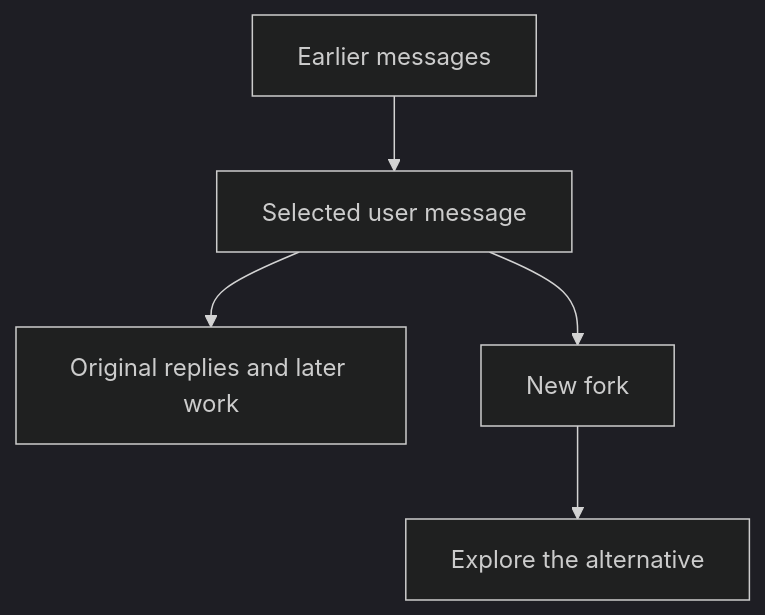
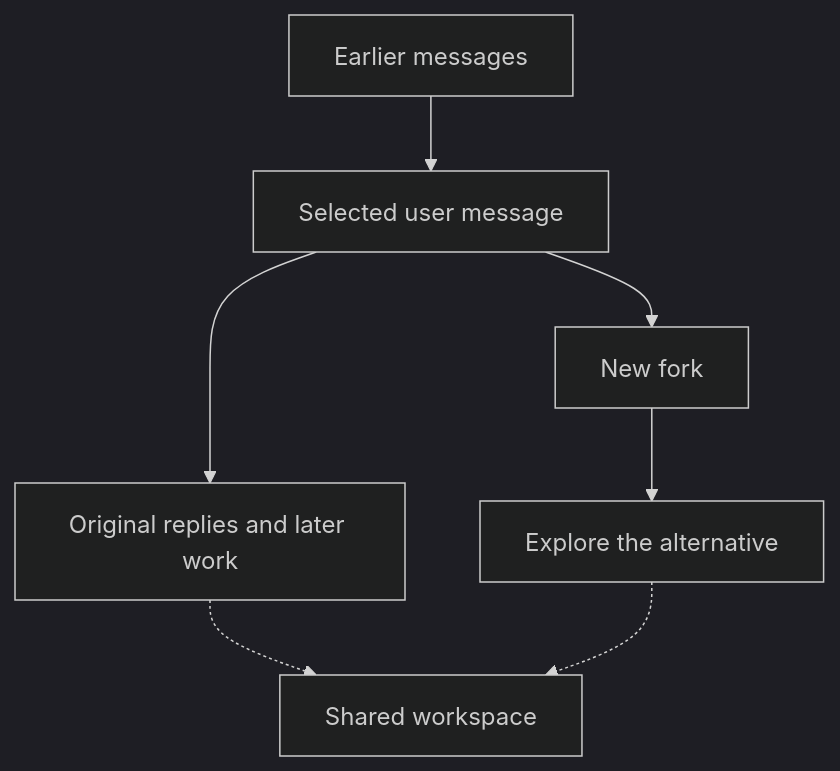
Before and after one commit to DeepMyst/Mysti: the diagram in docs/walkthroughs/history-and-checkpoints.md, drawn with Mermaid (dark theme). The commit also changed 5 other files, not shown here.

Commit message:
fix: pin supported browser runner and polish mobile diagrams

````diff
--- a/docs/walkthroughs/history-and-checkpoints.md
+++ b/docs/walkthroughs/history-and-checkpoints.md
@@ -50,7 +50,9 @@
 ```mermaid
 flowchart TB
   A[Earlier messages] --> B[Selected user message]
   B --> C[Original replies and later work]
   B --> D[New fork]
   D --> E[Explore the alternative]
+  C -.-> F[Shared workspace]
+  E -.-> F
 ```
````
